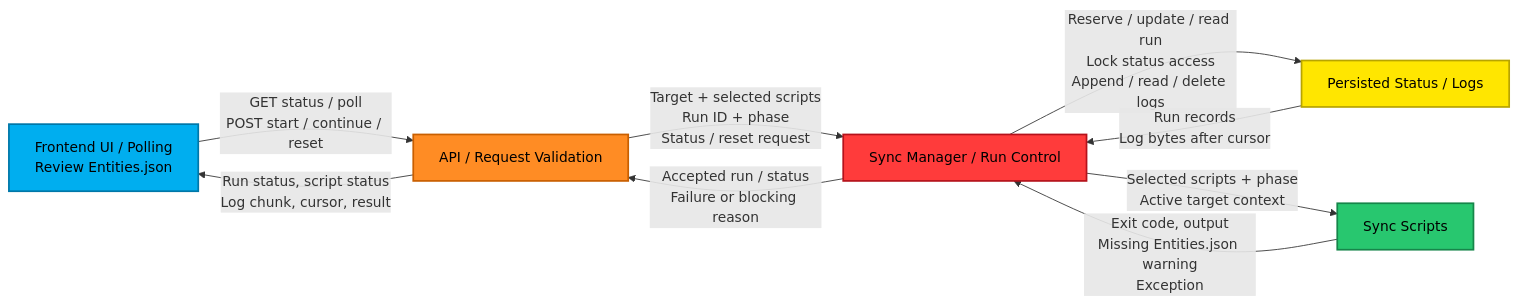
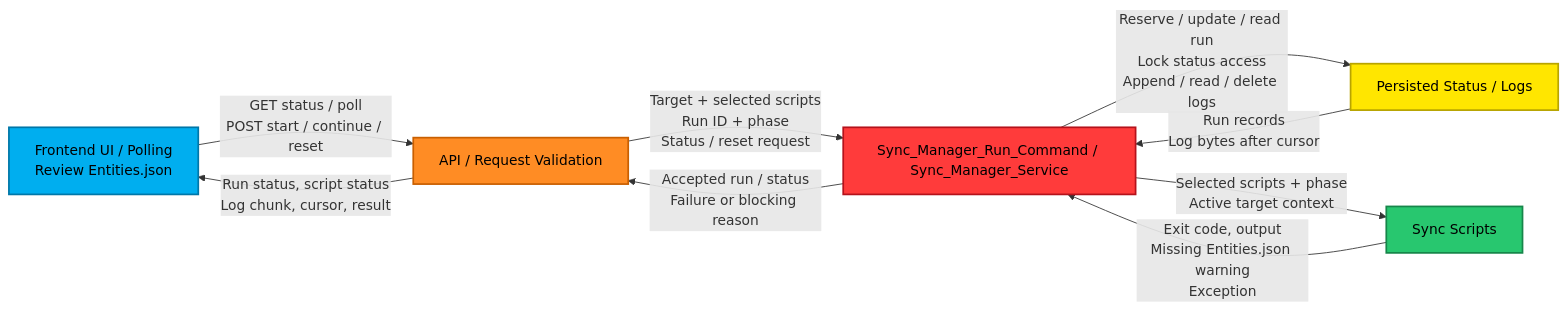
The first of 8 diagrams in docs/LARAVEL_M-BOT/Flow_Sync_Manager.md (softwaretotest/learn_frontend), drawn with Mermaid before and after one commit. The commit also changed other lines of this file and 2 other files, not shown here.

Commit message:
add comment and code example left columnn from  mermaid Syn_Manager

````diff
--- a/docs/LARAVEL_M-BOT/Flow_Sync_Manager.md
+++ b/docs/LARAVEL_M-BOT/Flow_Sync_Manager.md
@@ -5,30 +5,30 @@
 ```mermaid
 %%{init: {"flowchart": {"wrappingWidth": 280}}}%%
 graph LR
     UI["Frontend UI / Polling<br/>Review Entities.json"]
     API["API / Request Validation"]
-    SERVICE["Sync Manager / Run Control"]
+    SERVICE["Sync_Manager_Run_Command / Sync_Manager_Service"]
     STORAGE["Persisted Status / Logs"]
     SCRIPTS["Sync Scripts"]
 
     UI -->|"GET status / poll<br/>POST start / continue / reset"| API
     API -->|"Run status, script status<br/>Log chunk, cursor, result"| UI
     API -->|"Target + selected scripts<br/>Run ID + phase<br/>Status / reset request"| SERVICE
     SERVICE -->|"Accepted run / status<br/>Failure or blocking reason"| API
     SERVICE -->|"Reserve / update / read run<br/>Lock status access<br/>Append / read / delete logs"| STORAGE
     STORAGE -->|"Run records<br/>Log bytes after cursor"| SERVICE
     SERVICE -->|"Selected scripts + phase<br/>Active target context"| SCRIPTS
     SCRIPTS -->|"Exit code, output<br/>Missing Entities.json warning<br/>Exception"| SERVICE
 
     classDef blue fill:#00AEEF,stroke:#0077A8,stroke-width:2px,color:#000;
     classDef orange fill:#FF8C24,stroke:#C95F00,stroke-width:2px,color:#000;
     classDef red fill:#FF3B3B,stroke:#B5121B,stroke-width:2px,color:#000;
     classDef yellow fill:#FFE600,stroke:#B8A400,stroke-width:2px,color:#000;
     classDef green fill:#28C76F,stroke:#16864A,stroke-width:2px,color:#000;
 
     class UI blue;
     class API orange;
     class SERVICE red;
     class STORAGE yellow;
     class SCRIPTS green;
 ```
````
